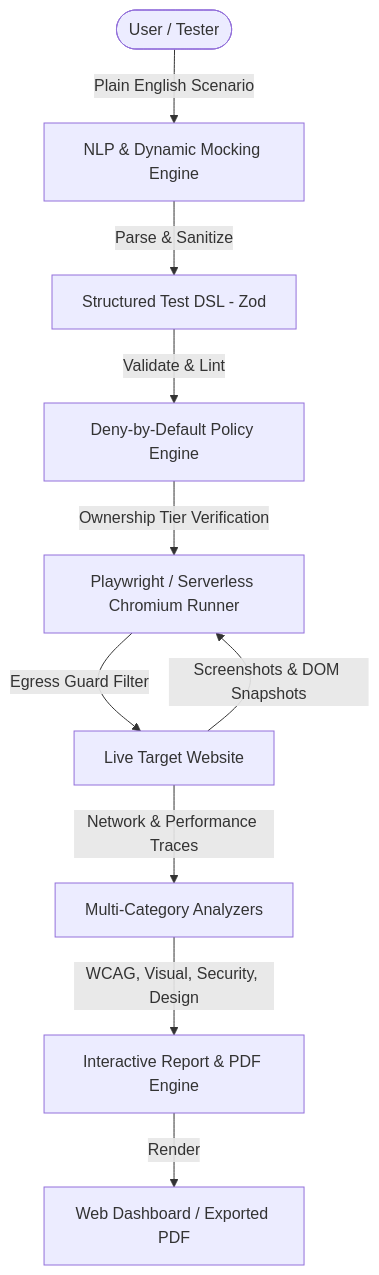
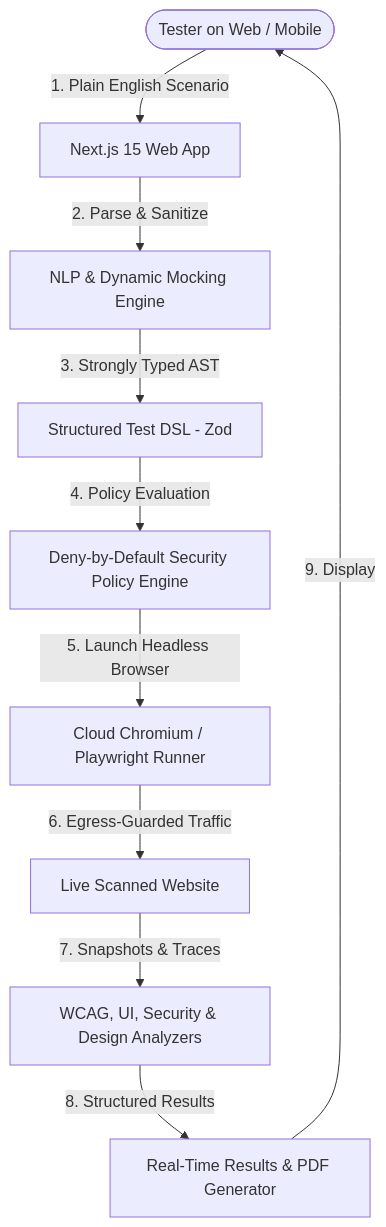
Before and after one commit to Yogeshvar005/Webtest-Scanner: the diagram in README.md, drawn with Mermaid. The commit also changed other lines of this file and 1 other file, not shown here.

Commit message:
docs: update README with live Vercel link and web-first usage guide

````diff
--- a/README.md
+++ b/README.md
@@ -10,12 +44,12 @@
 ```mermaid
 flowchart TD
-    User([User / Tester]) -->|Plain English Scenario| NLP[NLP & Dynamic Mocking Engine]
-    NLP -->|Parse & Sanitize| DSL[Structured Test DSL - Zod]
-    DSL -->|Validate & Lint| Policy[Deny-by-Default Policy Engine]
-    Policy -->|Ownership Tier Verification| Runner[Playwright / Serverless Chromium Runner]
-    Runner -->|Egress Guard Filter| Browser[Live Target Website]
-    Browser -->|Screenshots & DOM Snapshots| Runner
-    Browser -->|Network & Performance Traces| Analyzers[Multi-Category Analyzers]
-    Analyzers -->|WCAG, Visual, Security, Design| Report[Interactive Report & PDF Engine]
-    Report -->|Render| Dashboard[Web Dashboard / Exported PDF]
+    User([Tester on Web / Mobile]) -->|1. Plain English Scenario| WebApp[Next.js 15 Web App]
+    WebApp -->|2. Parse & Sanitize| NLP[NLP & Dynamic Mocking Engine]
+    NLP -->|3. Strongly Typed AST| DSL[Structured Test DSL - Zod]
+    DSL -->|4. Policy Evaluation| Policy[Deny-by-Default Security Policy Engine]
+    Policy -->|5. Launch Headless Browser| Runner[Cloud Chromium / Playwright Runner]
+    Runner -->|6. Egress-Guarded Traffic| TargetSite[Live Scanned Website]
+    TargetSite -->|7. Snapshots & Traces| Analyzers[WCAG, UI, Security & Design Analyzers]
+    Analyzers -->|8. Structured Results| ReportEngine[Real-Time Results & PDF Generator]
+    ReportEngine -->|9. Display| User
 ```
````
